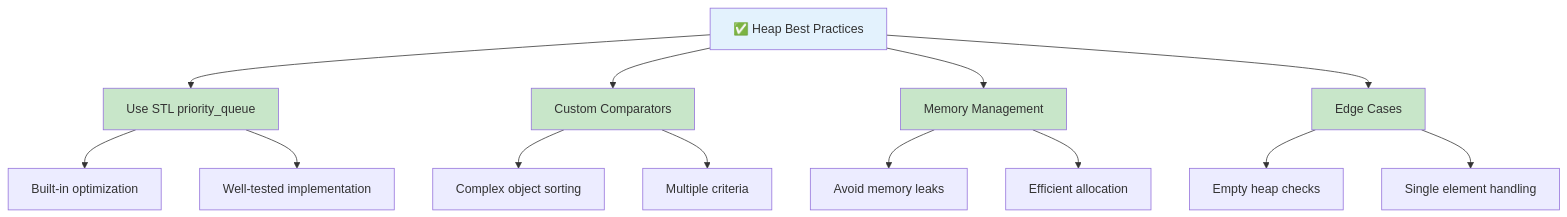
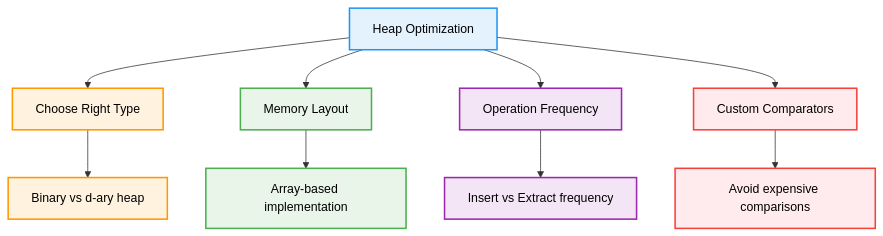
One commit to AbhishekGiri04/CodeVault changed the fifth of 5 diagrams in concepts/heap.md. Above: the diagram before and after it, drawn with Mermaid. The commit also changed other lines of this file, not shown here.

Commit message:
Add comprehensive heap.md with professional design and light colors

````diff
--- a/concepts/heap.md
+++ b/concepts/heap.md
@@ -333,25 +717,24 @@
 ```mermaid
 flowchart TD
-    A["✅ Heap Best Practices"] --> B["Use STL priority_queue"]
-    A --> C["Custom Comparators"]
-    A --> D["Memory Management"]
-    A --> E["Edge Cases"]
+    A["Heap Optimization"] --> B["Choose Right Type"]
+    A --> C["Memory Layout"]
+    A --> D["Operation Frequency"]
+    A --> E["Custom Comparators"]
     
-    B --> F["Built-in optimization"]
-    B --> G["Well-tested implementation"]
+    B --> F["Binary vs d-ary heap"]
+    C --> G["Array-based implementation"]
+    D --> H["Insert vs Extract frequency"]
+    E --> I["Avoid expensive comparisons"]
     
-    C --> H["Complex object sorting"]
-    C --> I["Multiple criteria"]
-    
-    D --> J["Avoid memory leaks"]
-    D --> K["Efficient allocation"]
-    
-    E --> L["Empty heap checks"]
-    E --> M["Single element handling"]
-    
-    style A fill:#e3f2fd
-    style B fill:#c8e6c9
-    style C fill:#c8e6c9
-    style D fill:#c8e6c9
-    style E fill:#c8e6c9
+    classDef default fill:#f9f9f9,stroke:#333,stroke-width:2px,color:#000
+    classDef optimization fill:#e3f2fd,stroke:#2196f3,stroke-width:2px,color:#000
+    classDef type fill:#fff3e0,stroke:#ff9800,stroke-width:2px,color:#000
+    classDef memory fill:#e8f5e8,stroke:#4caf50,stroke-width:2px,color:#000
+    classDef frequency fill:#f3e5f5,stroke:#9c27b0,stroke-width:2px,color:#000
+    classDef comparator fill:#ffebee,stroke:#f44336,stroke-width:2px,color:#000
+    class A optimization
+    class B,F type
+    class C,G memory
+    class D,H frequency
+    class E,I comparator
 ```
````
